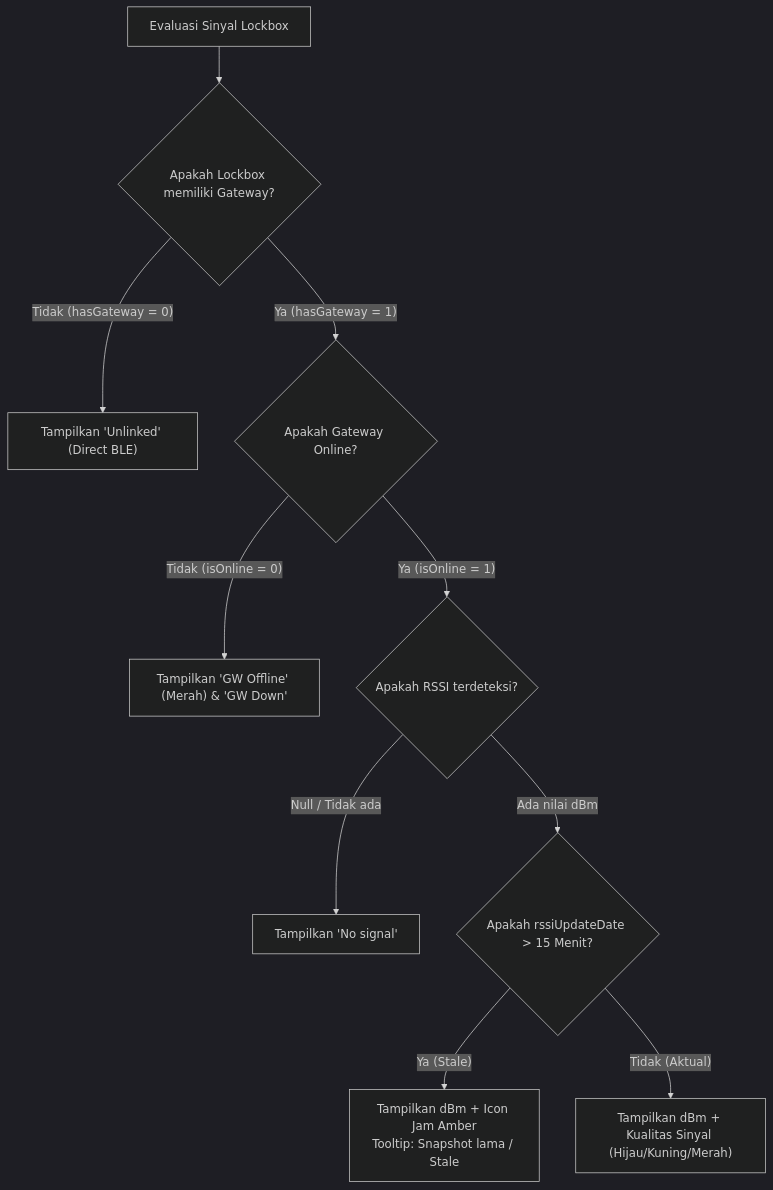
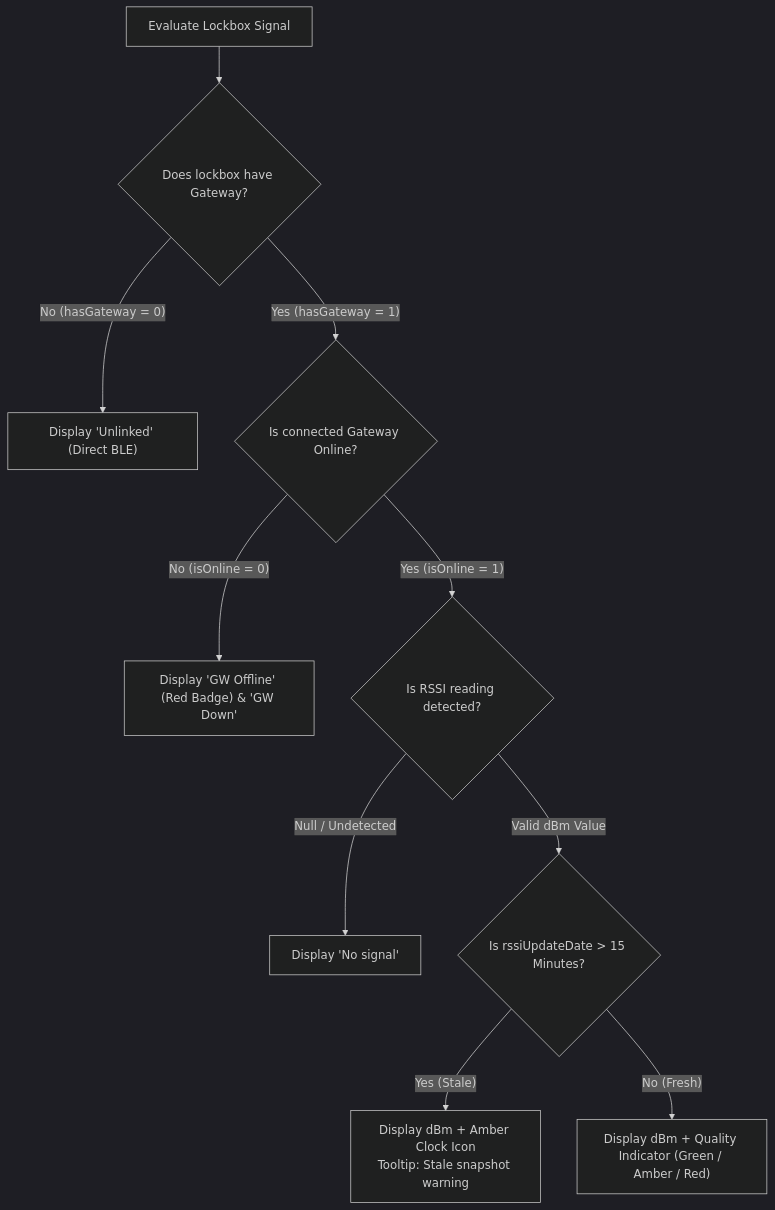
One commit to helmipradita/ttlock-dashboard changed the sixth of 7 diagrams in docs/ARCHITECTURE.md. Above: the diagram before and after it, drawn with Mermaid (dark theme). The commit also changed other lines of this file and 9 other files, not shown here.

````diff
--- a/docs/ARCHITECTURE.md
+++ b/docs/ARCHITECTURE.md
@@ -160,15 +160,15 @@
 ```mermaid
 flowchart TD
-    Start["Evaluasi Sinyal Lockbox"] --> CheckGW{"Apakah Lockbox memiliki Gateway?"}
-    CheckGW -- "Tidak (hasGateway = 0)" --> Unlinked["Tampilkan 'Unlinked' (Direct BLE)"]
-    CheckGW -- "Ya (hasGateway = 1)" --> CheckGWOnline{"Apakah Gateway Online?"}
+    Start["Evaluate Lockbox Signal"] --> CheckGW{"Does lockbox have Gateway?"}
+    CheckGW -- "No (hasGateway = 0)" --> Unlinked["Display 'Unlinked' (Direct BLE)"]
+    CheckGW -- "Yes (hasGateway = 1)" --> CheckGWOnline{"Is connected Gateway Online?"}
     
-    CheckGWOnline -- "Tidak (isOnline = 0)" --> GWOffline["Tampilkan 'GW Offline' (Merah) & 'GW Down'"]
-    CheckGWOnline -- "Ya (isOnline = 1)" --> CheckRSSI{"Apakah RSSI terdeteksi?"}
+    CheckGWOnline -- "No (isOnline = 0)" --> GWOffline["Display 'GW Offline' (Red Badge) & 'GW Down'"]
+    CheckGWOnline -- "Yes (isOnline = 1)" --> CheckRSSI{"Is RSSI reading detected?"}
     
-    CheckRSSI -- "Null / Tidak ada" --> NoSig["Tampilkan 'No signal'"]
-    CheckRSSI -- "Ada nilai dBm" --> CheckAge{"Apakah rssiUpdateDate > 15 Menit?"}
+    CheckRSSI -- "Null / Undetected" --> NoSig["Display 'No signal'"]
+    CheckRSSI -- "Valid dBm Value" --> CheckAge{"Is rssiUpdateDate > 15 Minutes?"}
     
-    CheckAge -- "Ya (Stale)" --> StaleRender["Tampilkan dBm + Icon Jam Amber<br/>Tooltip: Snapshot lama / Stale"]
-    CheckAge -- "Tidak (Aktual)" --> LiveRender["Tampilkan dBm + Kualitas Sinyal (Hijau/Kuning/Merah)"]
+    CheckAge -- "Yes (Stale)" --> StaleRender["Display dBm + Amber Clock Icon<br/>Tooltip: Stale snapshot warning"]
+    CheckAge -- "No (Fresh)" --> LiveRender["Display dBm + Quality Indicator (Green / Amber / Red)"]
 ```
````
